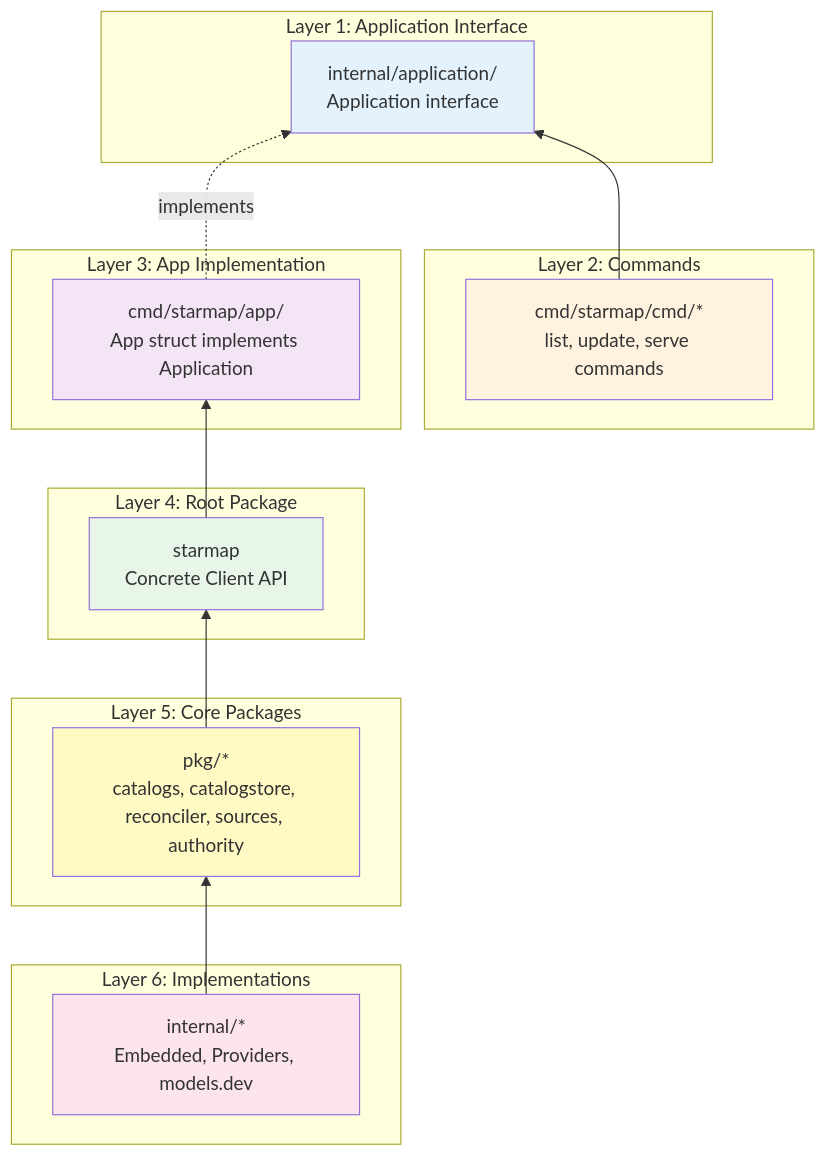
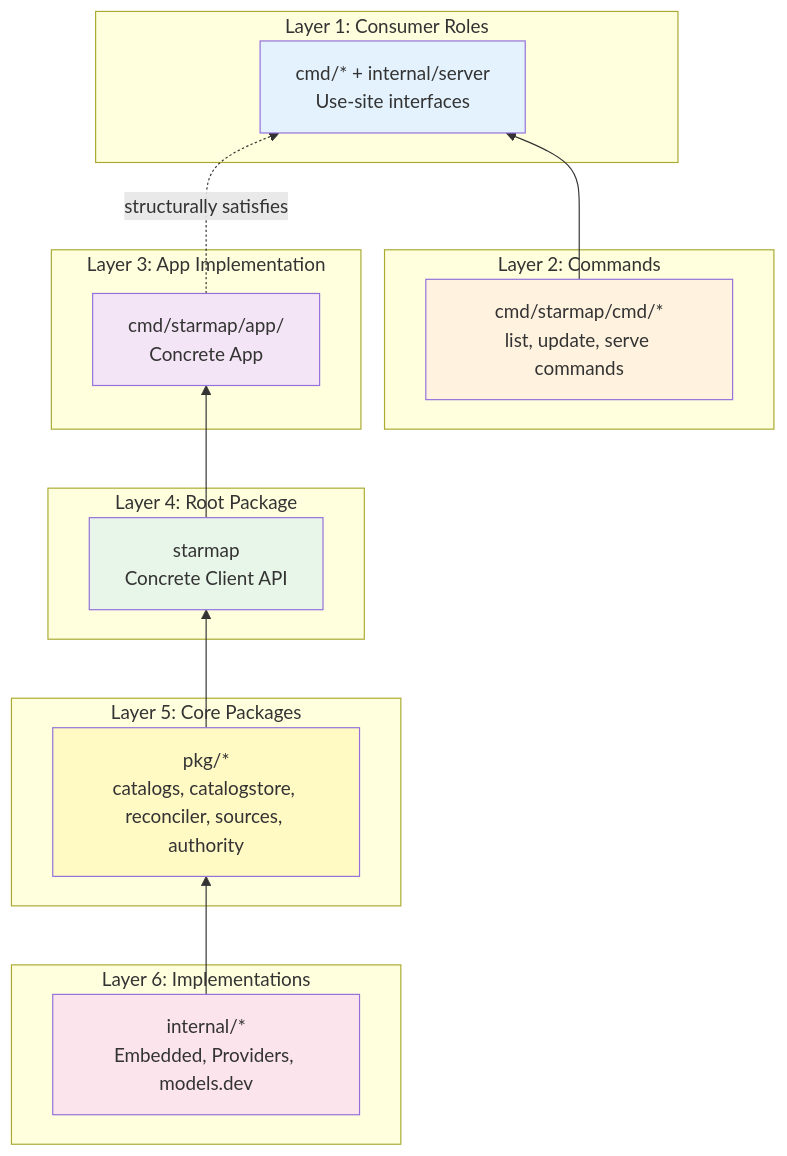
The eighth of 8 diagrams in docs/ARCHITECTURE.md (agentstation/starmap), drawn with Mermaid before and after one commit. The commit also changed other lines of this file and 274 other files, not shown here.

````diff
--- a/docs/ARCHITECTURE.md
+++ b/docs/ARCHITECTURE.md
@@ -1978,39 +2002,39 @@
 ```mermaid
 graph BT
     subgraph "Layer 6: Implementations"
         INT[internal/*<br/>Embedded, Providers, models.dev]
     end
 
     subgraph "Layer 5: Core Packages"
         PKG[pkg/*<br/>catalogs, catalogstore, reconciler, sources, authority]
     end
 
     subgraph "Layer 4: Root Package"
         ROOT[starmap<br/>Concrete Client API]
     end
 
     subgraph "Layer 3: App Implementation"
-        APPIMPL[cmd/starmap/app/<br/>App struct implements Application]
+        APPIMPL[cmd/starmap/app/<br/>Concrete App]
     end
 
     subgraph "Layer 2: Commands"
         CMDS[cmd/starmap/cmd/*<br/>list, update, serve commands]
     end
 
-    subgraph "Layer 1: Application Interface"
-        APPIF[internal/application/<br/>Application interface]
+    subgraph "Layer 1: Consumer Roles"
+        APPIF[cmd/* + internal/server<br/>Use-site interfaces]
     end
 
     INT --> PKG
     PKG --> ROOT
     ROOT --> APPIMPL
-    APPIMPL -.implements.-> APPIF
+    APPIMPL -.structurally satisfies.-> APPIF
     CMDS --> APPIF
 
     style APPIF fill:#e3f2fd
     style CMDS fill:#fff3e0
     style APPIMPL fill:#f3e5f5
     style ROOT fill:#e8f5e9
     style PKG fill:#fff9c4
     style INT fill:#fce4ec
 ```
````
